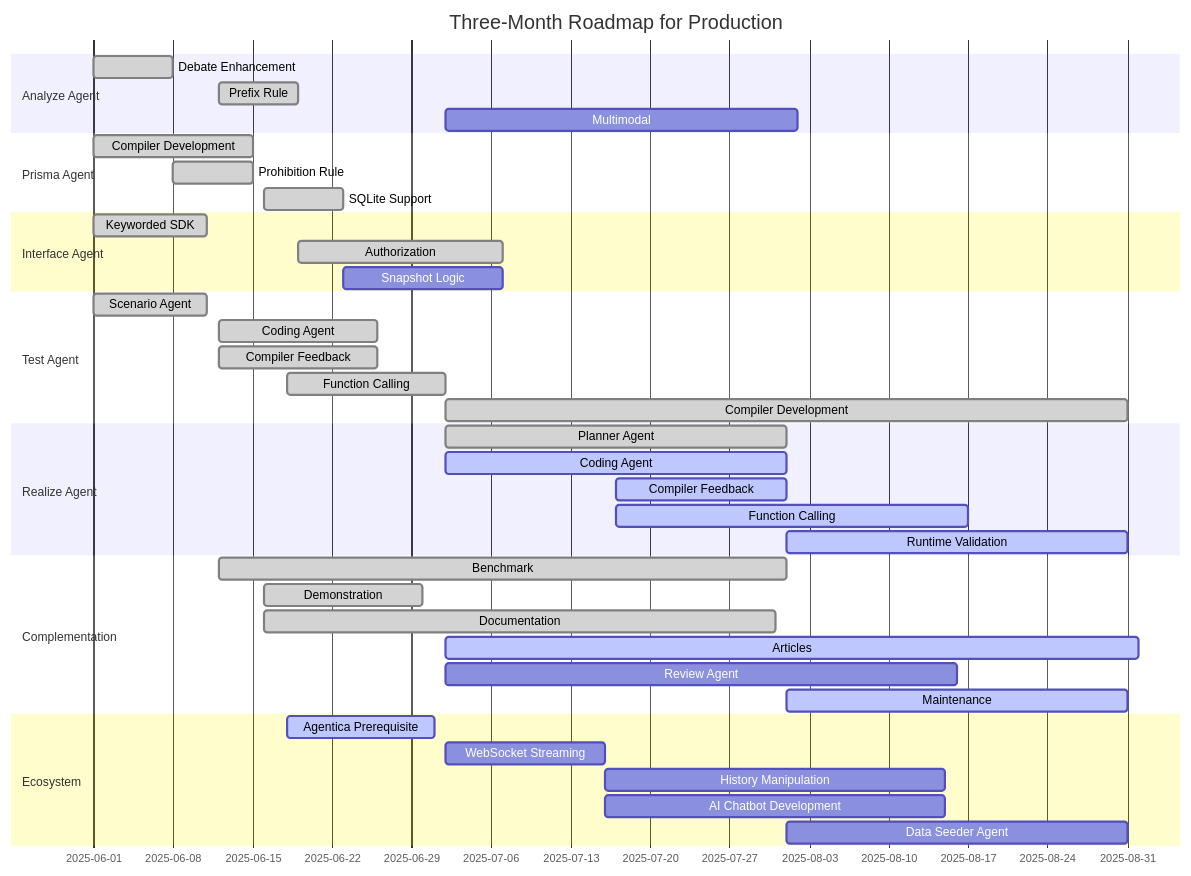
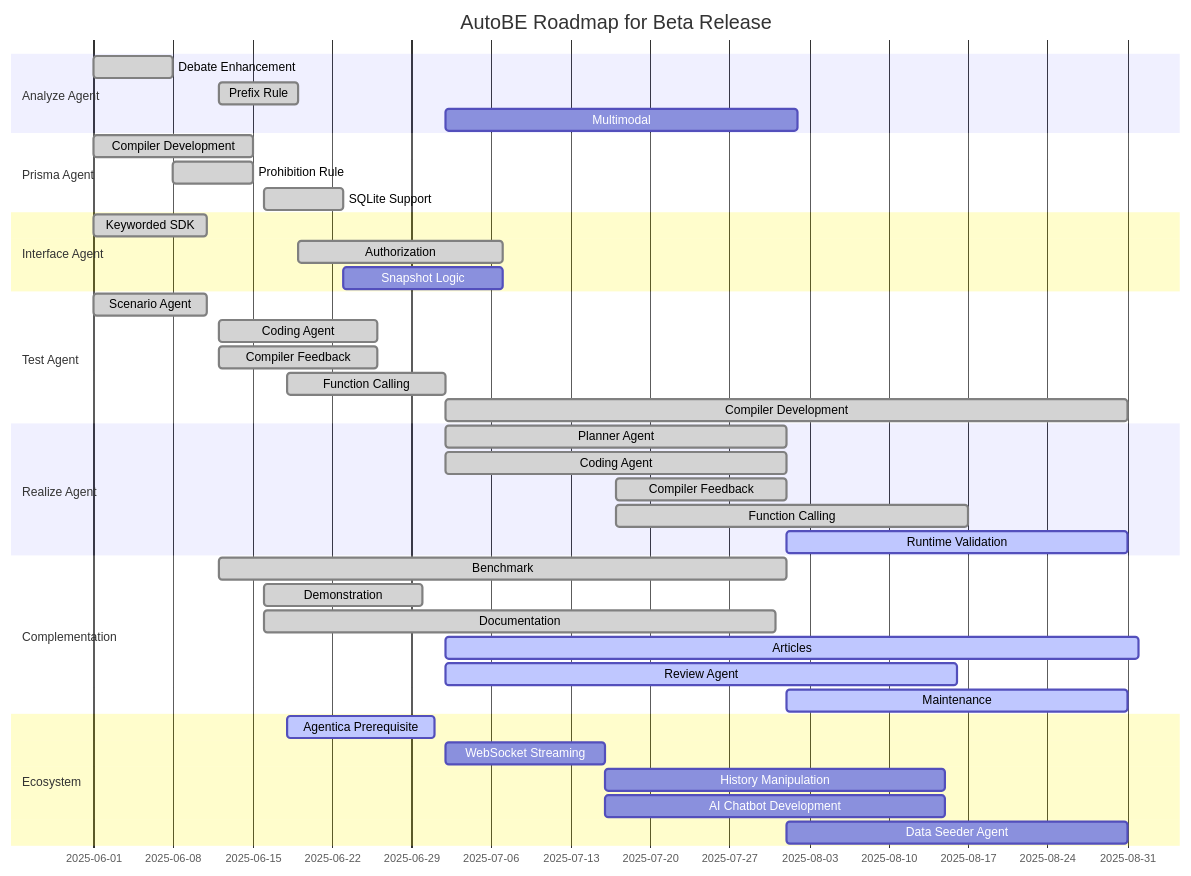
Before and after one commit to RavenView-ai/autobe: the second of 2 diagrams in README.md, drawn with Mermaid. The commit also changed 3 other files, not shown here.

````diff
--- a/README.md
+++ b/README.md
@@ -158,49 +158,49 @@
 ```mermaid
 gantt
   dateFormat YYYY-MM-DD
-  title Three-Month Roadmap for Production
+  title AutoBE Roadmap for Beta Release
 
   section Analyze Agent
   Debate Enhancement: done,    2025-06-01,  7d
   Prefix Rule:        done,    2025-06-12,  7d
   Multimodal:         planned, 2025-07-02, 31d
 
   section Prisma Agent
   Compiler Development: done, 2025-06-01, 14d
   Prohibition Rule:     done, 2025-06-08,  7d
   SQLite Support:       done, 2025-06-16,  7d
 
   section Interface Agent
   Keyworded SDK:  done,    2025-06-01, 10d
   Authorization:  done,    2025-06-19, 18d
   Snapshot Logic: planned, 2025-06-23, 14d
 
   section Test Agent
   Scenario Agent:       done, 2025-06-01, 10d        
   Coding Agent:         done, 2025-06-12, 14d
   Compiler Feedback:    done, 2025-06-12, 14d
   Function Calling:     done, 2025-06-18, 14d
   Compiler Development: done, 2025-07-02, 60d
 
   section Realize Agent
   Planner Agent:      done,   2025-07-02, 30d
-  Coding Agent:       active, 2025-07-02, 30d
-  Compiler Feedback:  active, 2025-07-17, 15d
-  Function Calling:   active, 2025-07-17, 31d
+  Coding Agent:       done,   2025-07-02, 30d
+  Compiler Feedback:  done,   2025-07-17, 15d
+  Function Calling:   done,   2025-07-17, 31d
   Runtime Validation: active, 2025-08-01, 30d
 
   section Complementation
-  Benchmark:     done,    2025-06-12, 50d
-  Demonstration: done,    2025-06-16, 14d
-  Documentation: done,    2025-06-16, 45d
-  Articles:      active,  2025-07-02, 61d
-  Review Agent:  planned, 2025-07-02, 45d
-  Maintenance:   active,  2025-08-01, 30d
+  Benchmark:     done,   2025-06-12, 50d
+  Demonstration: done,   2025-06-16, 14d
+  Documentation: done,   2025-06-16, 45d
+  Articles:      active, 2025-07-02, 61d
+  Review Agent:  active, 2025-07-02, 45d
+  Maintenance:   active, 2025-08-01, 30d
 
   section Ecosystem
   Agentica Prerequisite:  active,  2025-06-18, 13d
   WebSocket Streaming:    planned, 2025-07-02, 14d
   History Manipulation:   planned, 2025-07-16, 30d
   AI Chatbot Development: planned, 2025-07-16, 30d
   Data Seeder Agent:      planned, 2025-08-01, 30d
 ```
````
